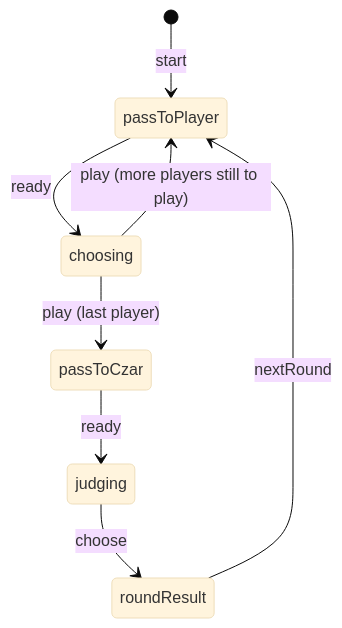
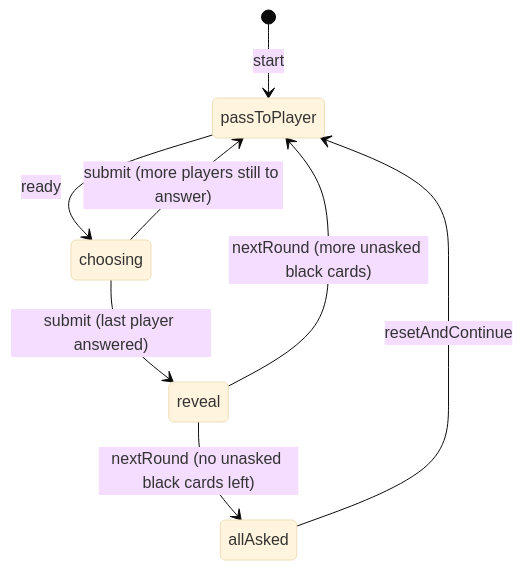
One commit to ihiteshmodi/flashcard-app changed the diagram in docs/design/play-game/state-machines.md. Above: the diagram before and after it, drawn with Mermaid (base theme). The commit also changed other lines of this file and 14 other files, not shown here.

First line of the commit message:
feat(play): shared reusable white options, everyone-answers reveal, and game history

````diff
--- a/docs/design/play-game/state-machines.md
+++ b/docs/design/play-game/state-machines.md
@@ -5,10 +5,10 @@
 ```mermaid
 stateDiagram-v2
     [*] --> passToPlayer: start
     passToPlayer --> choosing: ready
-    choosing --> passToPlayer: play (more players still to play)
-    choosing --> passToCzar: play (last player)
-    passToCzar --> judging: ready
-    judging --> roundResult: choose
-    roundResult --> passToPlayer: nextRound
+    choosing --> passToPlayer: submit (more players still to answer)
+    choosing --> reveal: submit (last player answered)
+    reveal --> passToPlayer: nextRound (more unasked black cards)
+    reveal --> allAsked: nextRound (no unasked black cards left)
+    allAsked --> passToPlayer: resetAndContinue
 ```
````
